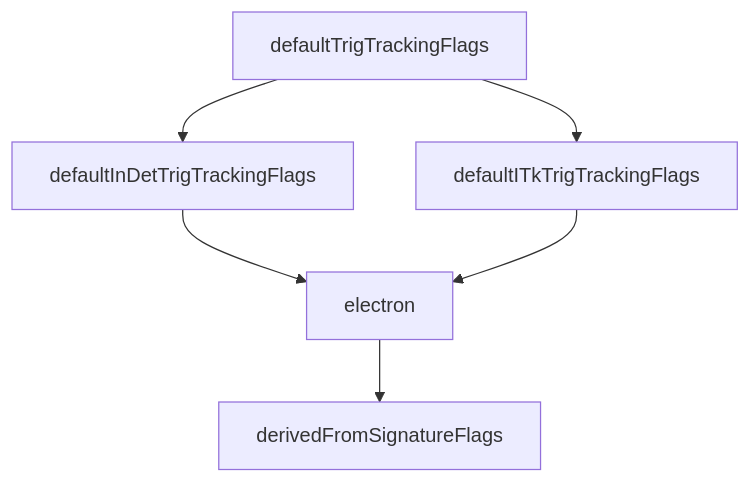
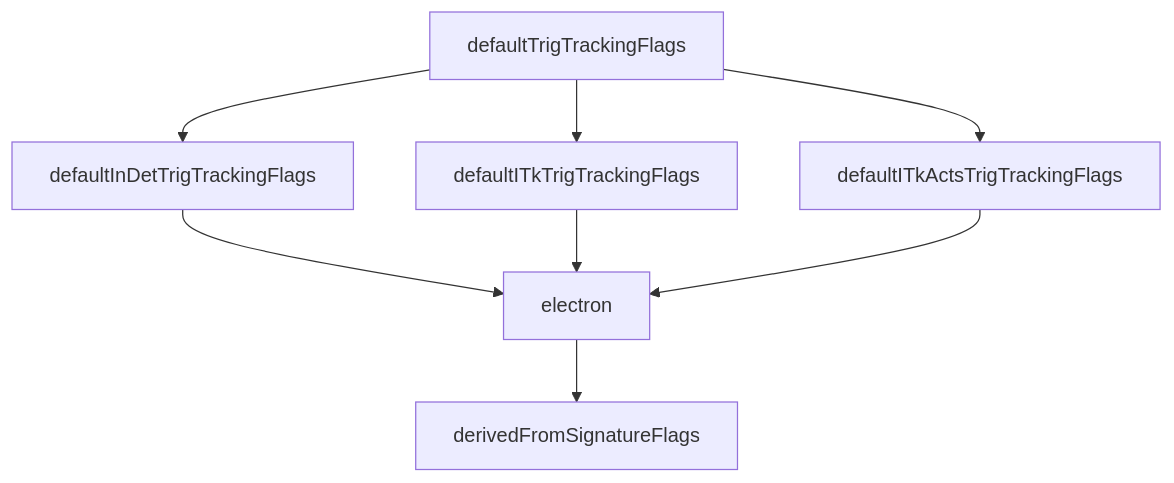
The diagram in Trigger/TrigTools/TrigInDetConfig/python/README.md (ATLAS-experiment/athena), drawn with Mermaid before and after one commit. The commit also changed other lines of this file and 2 other files, not shown here.

````diff
--- a/Trigger/TrigTools/TrigInDetConfig/python/README.md
+++ b/Trigger/TrigTools/TrigInDetConfig/python/README.md
@@ -43,8 +43,10 @@
 ```mermaid
 graph TD
   defaultTrigTrackingFlags-->defaultInDetTrigTrackingFlags;
   defaultTrigTrackingFlags-->defaultITkTrigTrackingFlags;
+  defaultTrigTrackingFlags-->defaultITkActsTrigTrackingFlags;
   defaultInDetTrigTrackingFlags-->electron;
   defaultITkTrigTrackingFlags-->electron;
+  defaultITkActsTrigTrackingFlags-->electron;
   electron-->derivedFromSignatureFlags;
 ```
````
